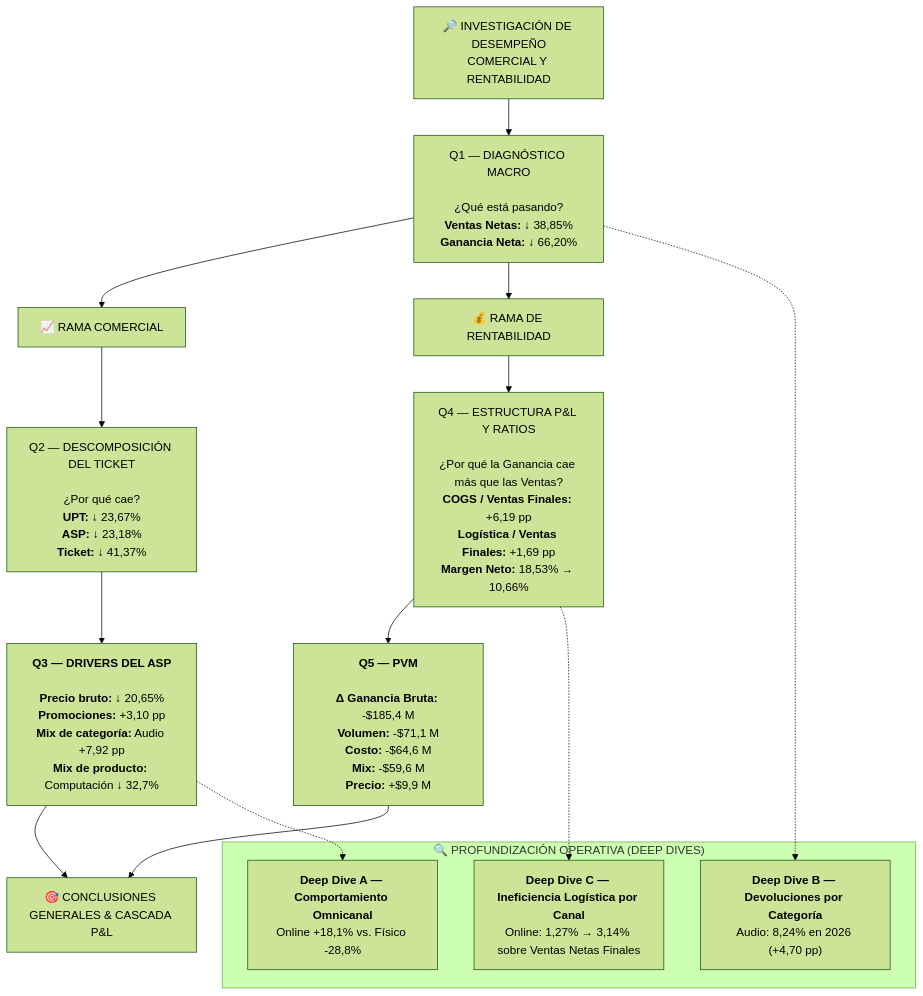
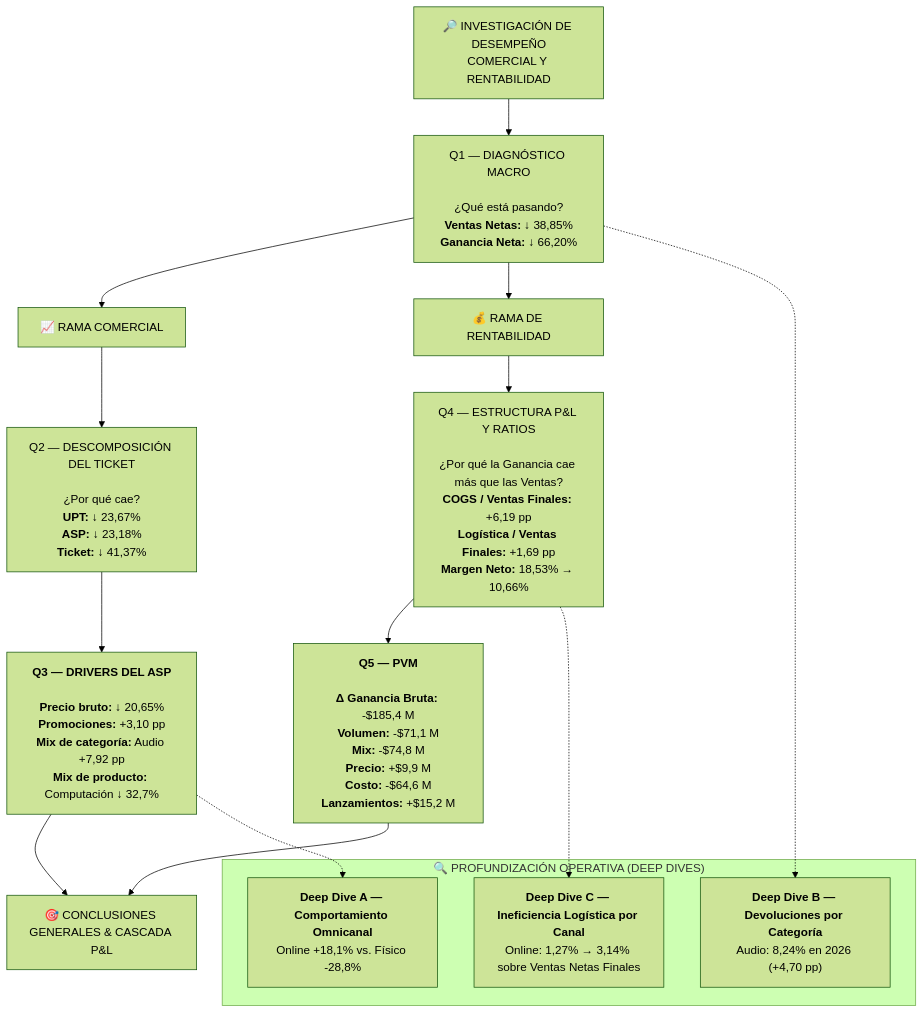
Before and after one commit to manticafacundoelian/dbt_elt_analytics: the first of 5 diagrams in sql_business_analysis/README.md, drawn with Mermaid (forest theme). The commit also changed other lines of this file, not shown here.

````diff
--- a/sql_business_analysis/README.md
+++ b/sql_business_analysis/README.md
@@ -22,32 +22,32 @@
 ```mermaid
 flowchart TD
     A["🔎 INVESTIGACIÓN DE DESEMPEÑO<br/>COMERCIAL Y RENTABILIDAD"]
 
     A --> B["Q1 — DIAGNÓSTICO MACRO<br/><br/>¿Qué está pasando?<br/><b>Ventas Netas:</b> ↓ 38,85%<br/><b>Ganancia Neta:</b> ↓ 66,20%"]
 
     B --> C["📈 RAMA COMERCIAL"]
     B --> D["💰 RAMA DE RENTABILIDAD"]
 
     C --> C1["Q2 — DESCOMPOSICIÓN DEL TICKET<br/><br/>¿Por qué cae?<br/><b>UPT:</b> ↓ 23,67%<br/><b>ASP:</b> ↓ 23,18%<br/><b>Ticket:</b> ↓ 41,37%"]
 
     C1 --> C2["<b>Q3 — DRIVERS DEL ASP</b><br/><br/><b>Precio bruto:</b> ↓ 20,65%<br/><b>Promociones:</b> +3,10 pp<br/><b>Mix de categoría:</b> Audio +7,92 pp<br/><b>Mix de producto:</b> Computación ↓ 32,7%"]
 
     D --> D1["Q4 — ESTRUCTURA P&L Y RATIOS<br/><br/>¿Por qué la Ganancia cae más que las Ventas?<br/><b>COGS / Ventas Finales:</b> +6,19 pp<br/><b>Logística / Ventas Finales:</b> +1,69 pp<br/><b>Margen Neto:</b> 18,53% → 10,66%"]
 
-    D1 --> D2["<b>Q5 — PVM</b><br/><br/><b>Δ Ganancia Bruta:</b> -$185,4 M<br/><b>Volumen:</b> -$71,1 M<br/><b>Costo:</b> -$64,6 M<br/><b>Mix:</b> -$59,6 M<br/><b>Precio:</b> +$9,9 M"]
+    D1 --> D2["<b>Q5 — PVM</b><br/><br/><b>Δ Ganancia Bruta:</b> -$185,4 M<br/><b>Volumen:</b> -$71,1 M<br/><b>Mix:</b> -$74,8 M<br/><b>Precio:</b> +$9,9 M<br/><b>Costo:</b> -$64,6 M<br/><b>Lanzamientos:</b> +$15,2 M"]
 
     C2 --> E["🎯 CONCLUSIONES GENERALES & CASCADA P&L"]
     D2 --> E
 
     subgraph DEEP_DIVES ["🔍 PROFUNDIZACIÓN OPERATIVA (DEEP DIVES)"]
         DDA["<b>Deep Dive A — Comportamiento Omnicanal</b><br/>Online +18,1% vs. Físico -28,8%"]
 
         DDB["<b>Deep Dive B — Devoluciones por Categoría</b><br/>Audio: 8,24% en 2026 (+4,70 pp)"]
-
+ 
         DDC["<b>Deep Dive C — Ineficiencia Logística por Canal</b><br/>Online: 1,27% → 3,14% sobre Ventas Netas Finales"]
     end
 
     C2 -.-> DDA
     B -.-> DDB
     D1 -.-> DDC
 ```
````
